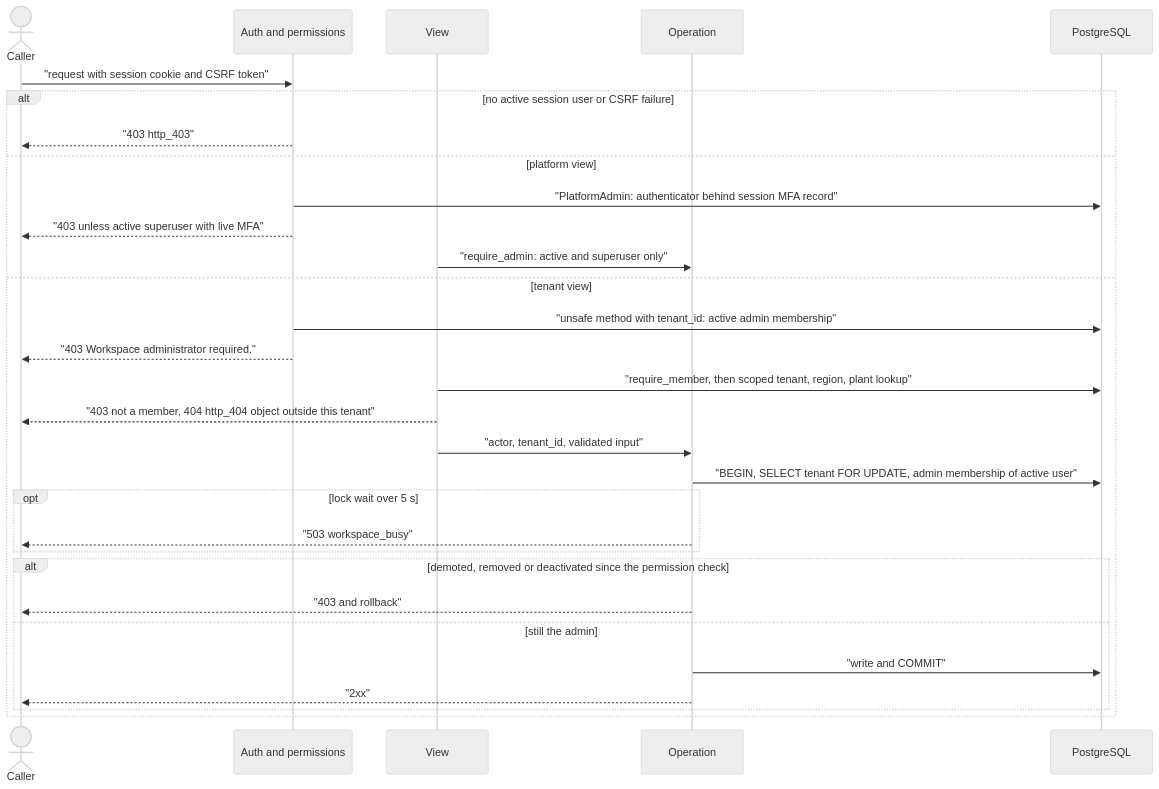
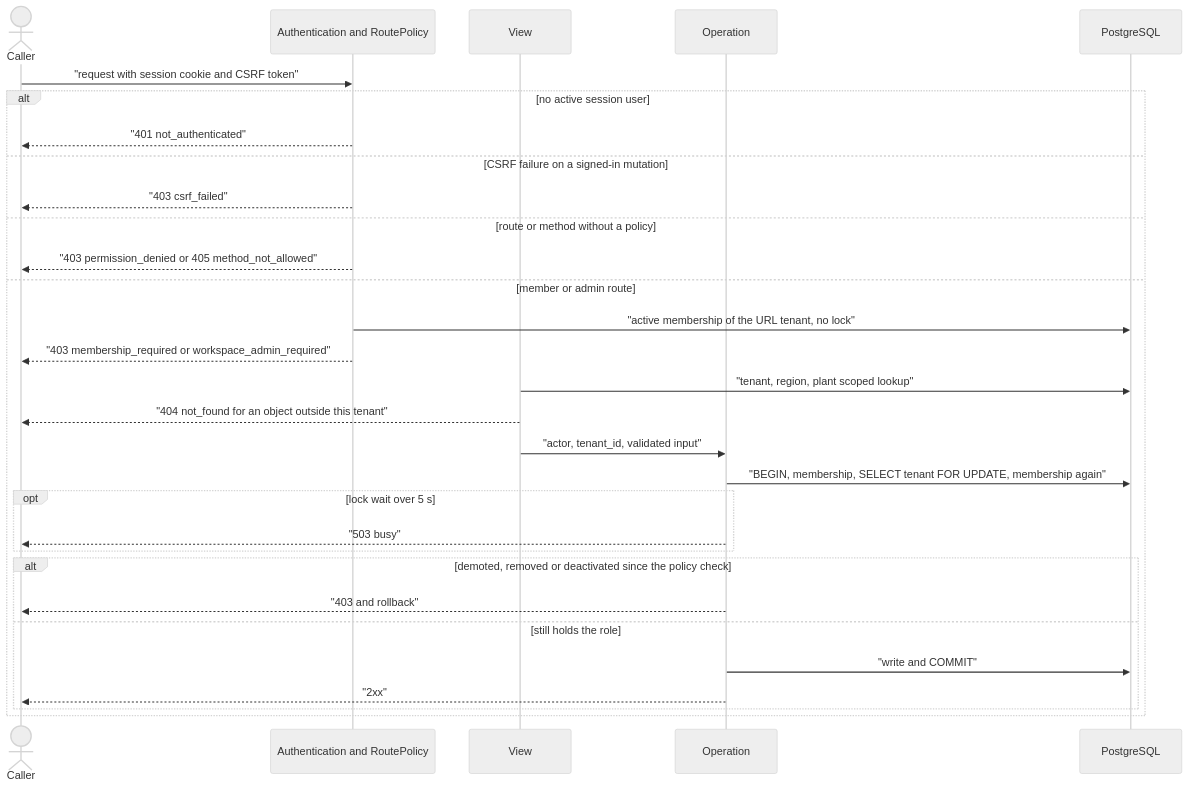
One commit to erkurtharun/pyracast changed the diagram in docs/flows/tenant-authorization.md. Above: the diagram before and after it, drawn with Mermaid (neutral theme). The commit also changed other lines of this file and 85 other files, not shown here.

First line of the commit message:
Bring the flow pages in line with the code (#107)

````diff
--- a/docs/flows/tenant-authorization.md
+++ b/docs/flows/tenant-authorization.md
@@ -16,32 +15,32 @@
 ```mermaid
 sequenceDiagram
     actor U as Caller
-    participant P as Auth and permissions
+    participant P as Authentication and RoutePolicy
     participant V as View
     participant O as Operation
     participant DB as PostgreSQL
     U->>P: "request with session cookie and CSRF token"
-    alt no active session user or CSRF failure
-        P-->>U: "403 http_403"
-    else platform view
-        P->>DB: "PlatformAdmin: authenticator behind session MFA record"
-        P-->>U: "403 unless active superuser with live MFA"
-        V->>O: "require_admin: active and superuser only"
-    else tenant view
-        P->>DB: "unsafe method with tenant_id: active admin membership"
-        P-->>U: "403 Workspace administrator required."
-        V->>DB: "require_member, then scoped tenant, region, plant lookup"
-        V-->>U: "403 not a member, 404 http_404 object outside this tenant"
+    alt no active session user
+        P-->>U: "401 not_authenticated"
+    else CSRF failure on a signed-in mutation
+        P-->>U: "403 csrf_failed"
+    else route or method without a policy
+        P-->>U: "403 permission_denied or 405 method_not_allowed"
+    else member or admin route
+        P->>DB: "active membership of the URL tenant, no lock"
+        P-->>U: "403 membership_required or workspace_admin_required"
+        V->>DB: "tenant, region, plant scoped lookup"
+        V-->>U: "404 not_found for an object outside this tenant"
         V->>O: "actor, tenant_id, validated input"
-        O->>DB: "BEGIN, SELECT tenant FOR UPDATE, admin membership of active user"
+        O->>DB: "BEGIN, membership, SELECT tenant FOR UPDATE, membership again"
         opt lock wait over 5 s
-            O-->>U: "503 workspace_busy"
+            O-->>U: "503 busy"
         end
-        alt demoted, removed or deactivated since the permission check
+        alt demoted, removed or deactivated since the policy check
             O-->>U: "403 and rollback"
-        else still the admin
+        else still holds the role
             O->>DB: "write and COMMIT"
             O-->>U: "2xx"
         end
     end
 ```
````
